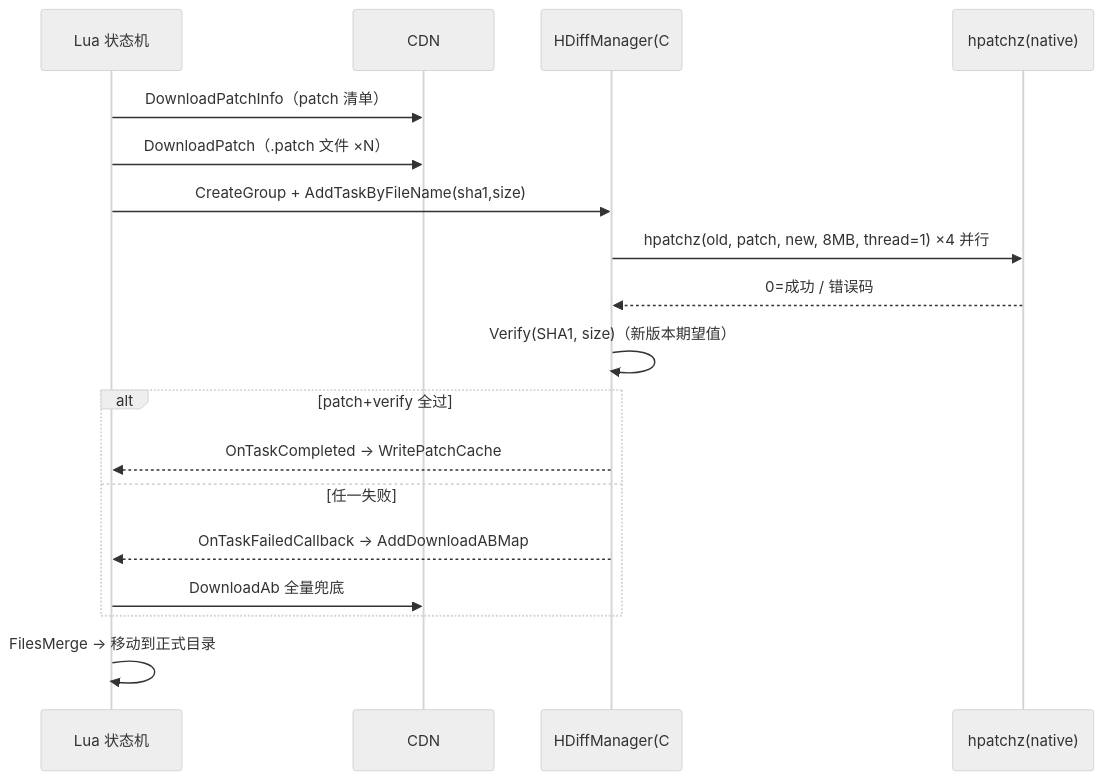
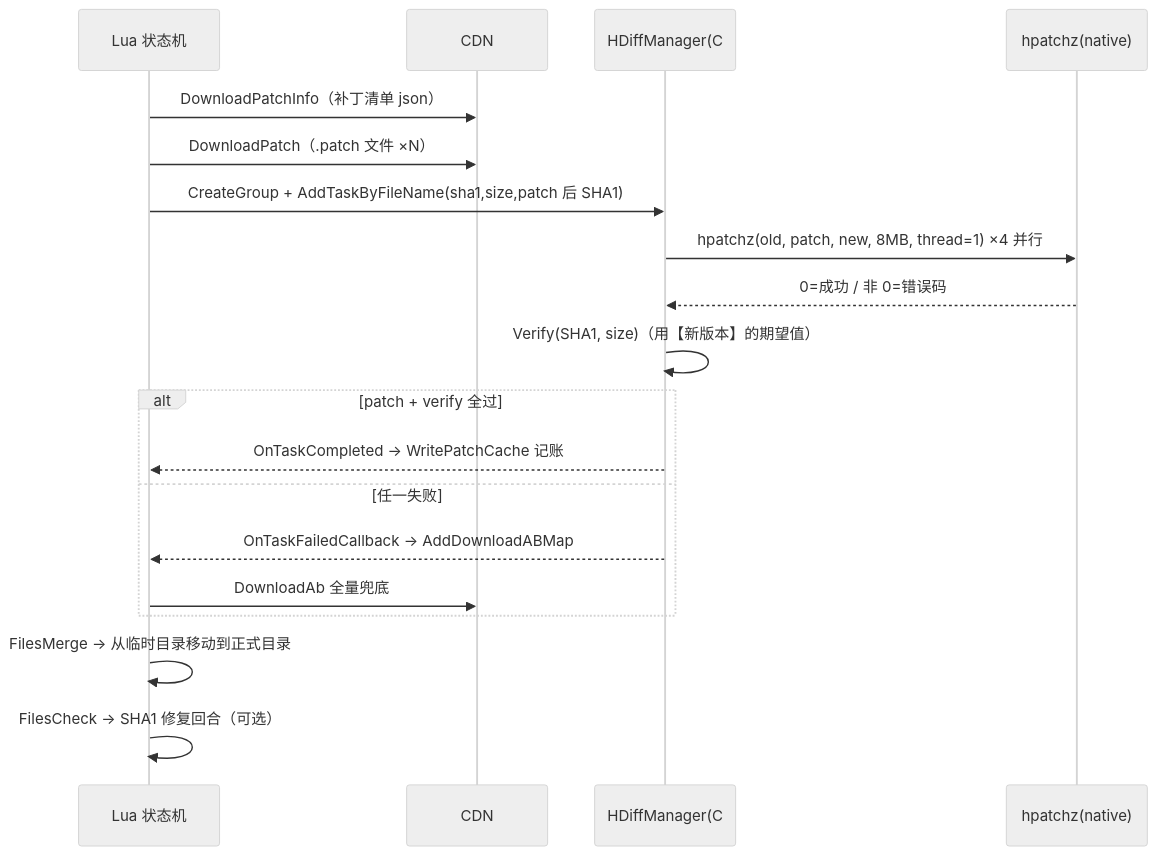
Before and after one commit to fankidark/tech-site: the second of 2 diagrams in docs/hot-update/hdiff-unity.md, drawn with Mermaid (neutral theme). The commit also changed other lines of this file and 14 other files, not shown here.

First line of the commit message:
hot-update: 差分系列 10 篇图文改造 + 3 个新组件

````diff
--- a/docs/hot-update/hdiff-unity.md
+++ b/docs/hot-update/hdiff-unity.md
@@ -153,21 +225,22 @@
 ```mermaid
 sequenceDiagram
     participant Lua as Lua 状态机
     participant CDN as CDN
     participant CS as HDiffManager(C#)
     participant N as hpatchz(native)
 
-    Lua->>CDN: DownloadPatchInfo（patch 清单）
+    Lua->>CDN: DownloadPatchInfo（补丁清单 json）
     Lua->>CDN: DownloadPatch（.patch 文件 ×N）
-    Lua->>CS: CreateGroup + AddTaskByFileName(sha1,size)
+    Lua->>CS: CreateGroup + AddTaskByFileName(sha1,size,patch 后 SHA1)
     CS->>N: hpatchz(old, patch, new, 8MB, thread=1) ×4 并行
-    N-->>CS: 0=成功 / 错误码
-    CS->>CS: Verify(SHA1, size)（新版本期望值）
-    alt patch+verify 全过
-        CS-->>Lua: OnTaskCompleted → WritePatchCache
+    N-->>CS: 0=成功 / 非 0=错误码
+    CS->>CS: Verify(SHA1, size)（用【新版本】的期望值）
+    alt patch + verify 全过
+        CS-->>Lua: OnTaskCompleted → WritePatchCache 记账
     else 任一失败
         CS-->>Lua: OnTaskFailedCallback → AddDownloadABMap
         Lua->>CDN: DownloadAb 全量兜底
     end
-    Lua->>Lua: FilesMerge → 移动到正式目录
+    Lua->>Lua: FilesMerge → 从临时目录移动到正式目录
+    Lua->>Lua: FilesCheck → SHA1 修复回合（可选）
 ```
````
